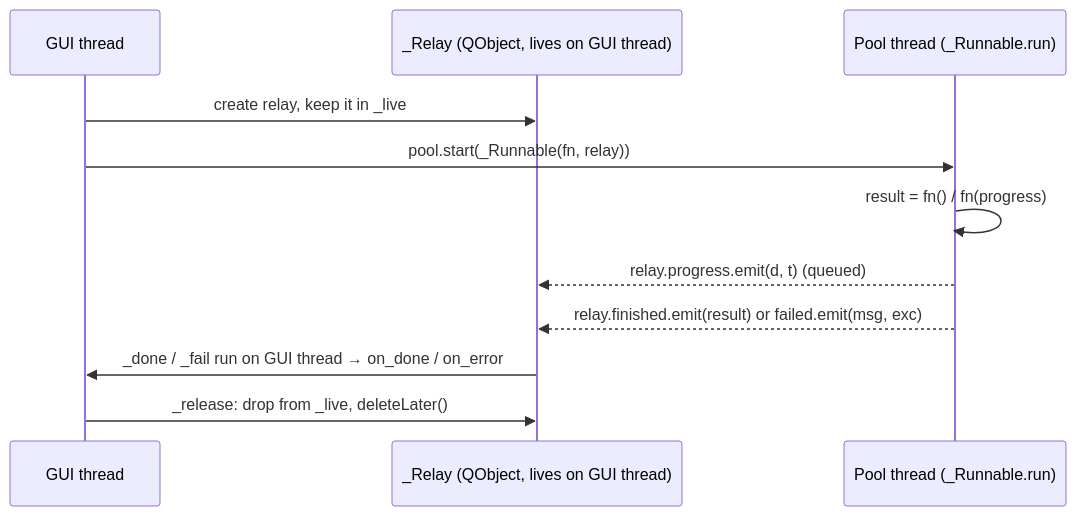
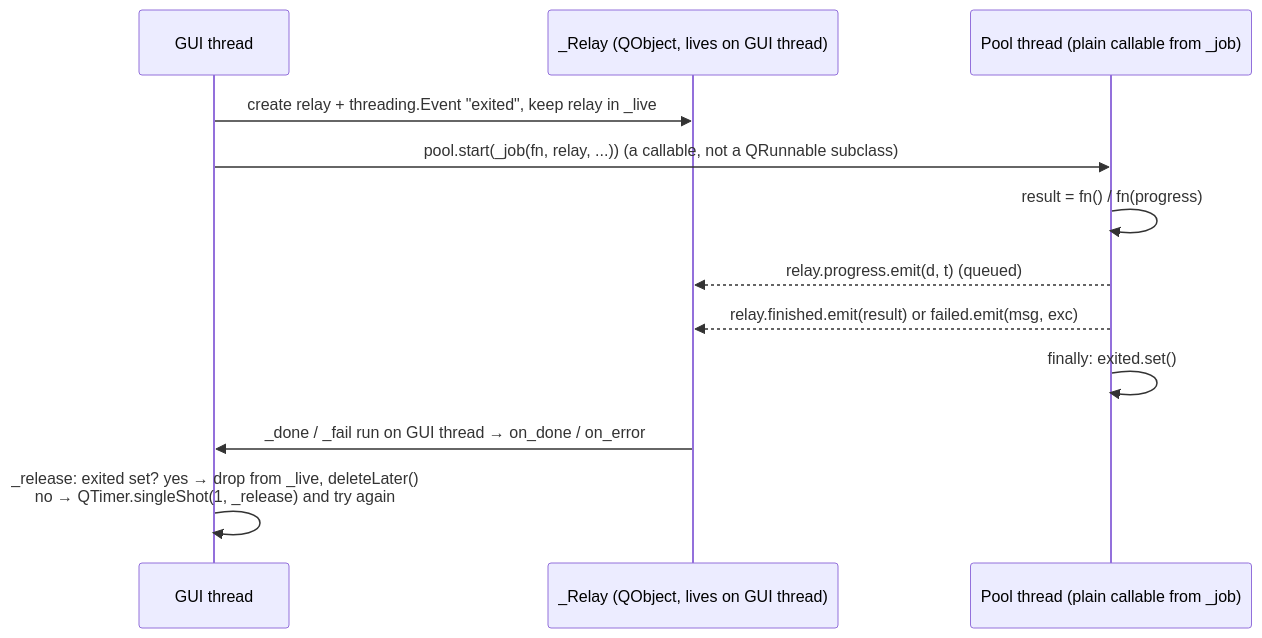
One commit to ErmanKan/EGPlease changed the diagram in docs/codebase/src/gif_editor/ui/workers.md. Above: the diagram before and after it, drawn with Mermaid. The commit also changed other lines of this file and 31 other files, not shown here.

Commit message:
docs: Milestone 4 - per-file pages (messages, hidpi/fuzz/stress scripts), threading + error-flow architecture, M4 dev log and testing guide; soak 30/30; README/AGENTS/RESUME-HERE

````diff
--- a/docs/codebase/src/gif_editor/ui/workers.md
+++ b/docs/codebase/src/gif_editor/ui/workers.md
@@ -22,13 +24,14 @@
 ```mermaid
 sequenceDiagram
     participant G as GUI thread
     participant R as _Relay (QObject, lives on GUI thread)
-    participant P as Pool thread (_Runnable.run)
-    G->>R: create relay, keep it in _live
-    G->>P: pool.start(_Runnable(fn, relay))
+    participant P as Pool thread (plain callable from _job)
+    G->>R: create relay + threading.Event "exited", keep relay in _live
+    G->>P: pool.start(_job(fn, relay, ...))   (a callable, not a QRunnable subclass)
     P->>P: result = fn() / fn(progress)
     P-->>R: relay.progress.emit(d, t)  (queued)
     P-->>R: relay.finished.emit(result) or failed.emit(msg, exc)
+    P->>P: finally: exited.set()
     R->>G: _done / _fail run on GUI thread → on_done / on_error
-    G->>R: _release: drop from _live, deleteLater()
+    G->>G: _release: exited set? yes → drop from _live, deleteLater()<br/>no → QTimer.singleShot(1, _release) and try again
 ```
````
